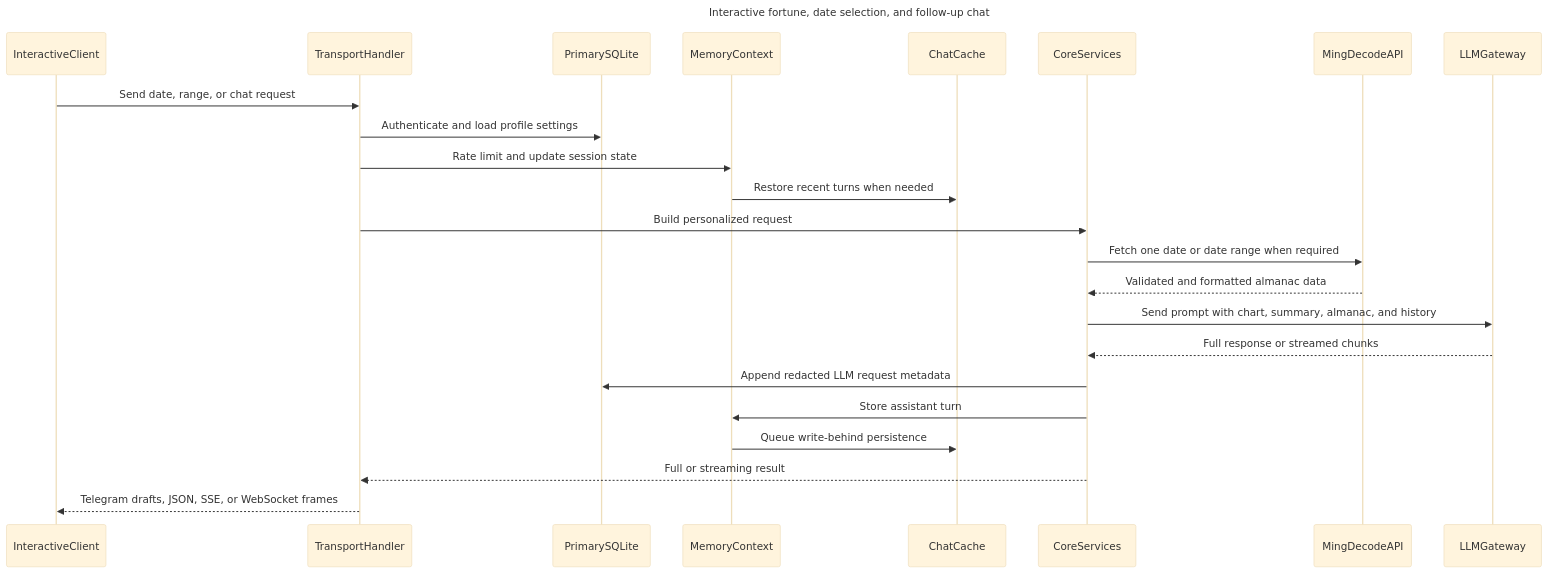
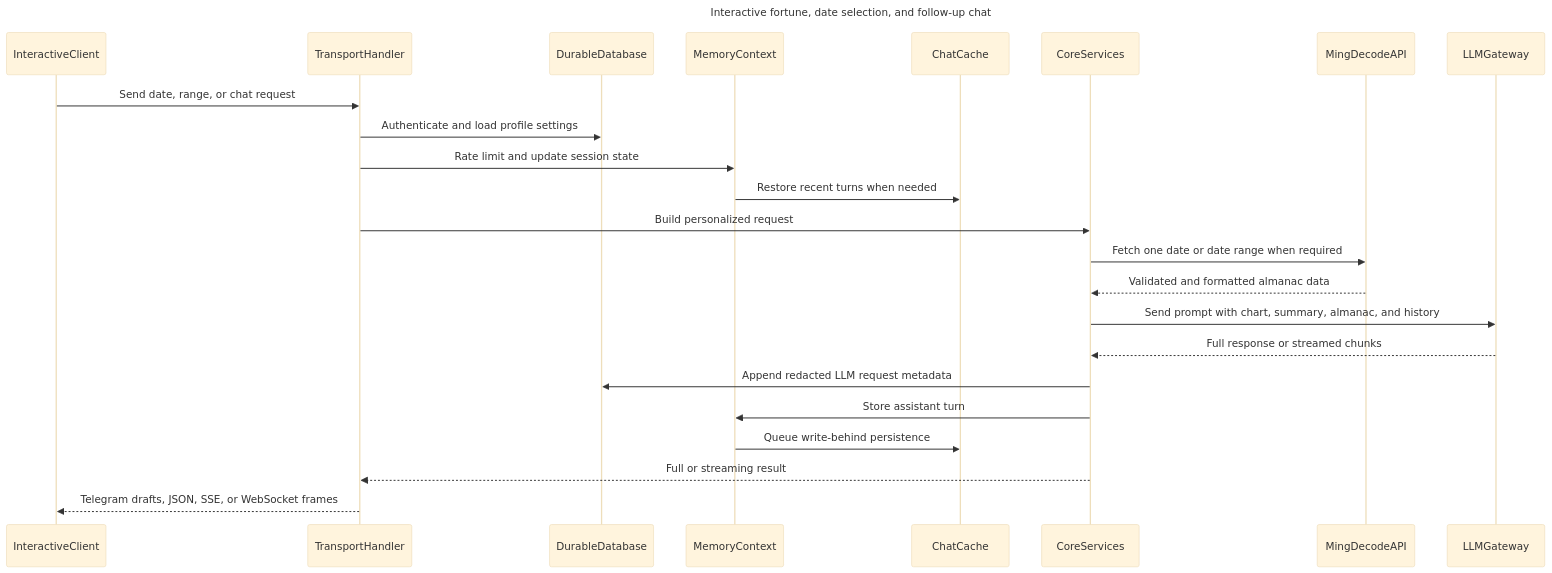
The third of 6 diagrams in docs/project-flow-sequence.md (henius98/BaziFlowAgent), drawn with Mermaid (base theme) before and after one commit. The commit also changed other lines of this file and 22 other files, not shown here.

````diff
--- a/docs/project-flow-sequence.md
+++ b/docs/project-flow-sequence.md
@@ -74,27 +78,27 @@
 ```mermaid
 sequenceDiagram
     title Interactive fortune, date selection, and follow-up chat
     participant InteractiveClient
     participant TransportHandler
-    participant PrimarySQLite
+    participant DurableDatabase
     participant MemoryContext
     participant ChatCache
     participant CoreServices
     participant MingDecodeAPI
     participant LLMGateway
 
     InteractiveClient->>TransportHandler: Send date, range, or chat request
-    TransportHandler->>PrimarySQLite: Authenticate and load profile settings
+    TransportHandler->>DurableDatabase: Authenticate and load profile settings
     TransportHandler->>MemoryContext: Rate limit and update session state
     MemoryContext->>ChatCache: Restore recent turns when needed
     TransportHandler->>CoreServices: Build personalized request
     CoreServices->>MingDecodeAPI: Fetch one date or date range when required
     MingDecodeAPI-->>CoreServices: Validated and formatted almanac data
     CoreServices->>LLMGateway: Send prompt with chart, summary, almanac, and history
     LLMGateway-->>CoreServices: Full response or streamed chunks
-    CoreServices->>PrimarySQLite: Append redacted LLM request metadata
+    CoreServices->>DurableDatabase: Append redacted LLM request metadata
     CoreServices->>MemoryContext: Store assistant turn
     MemoryContext->>ChatCache: Queue write-behind persistence
     CoreServices-->>TransportHandler: Full or streaming result
     TransportHandler-->>InteractiveClient: Telegram drafts, JSON, SSE, or WebSocket frames
 ```
````
